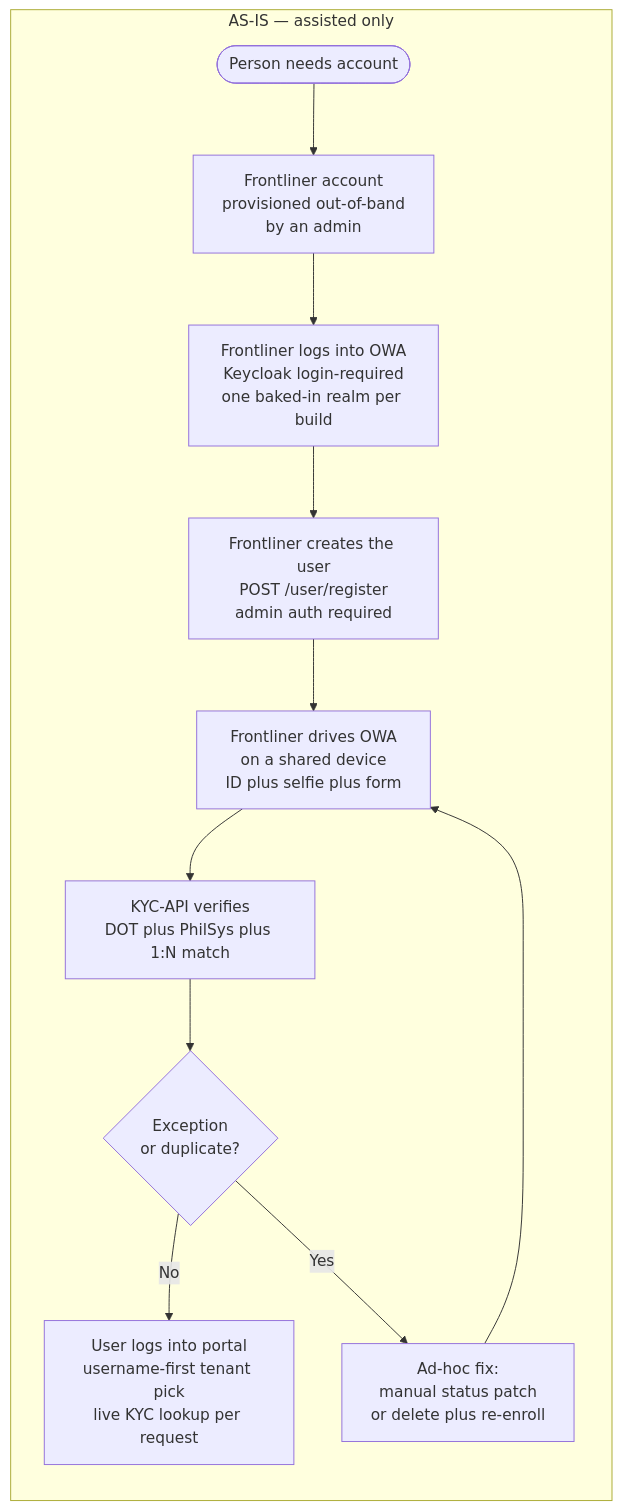
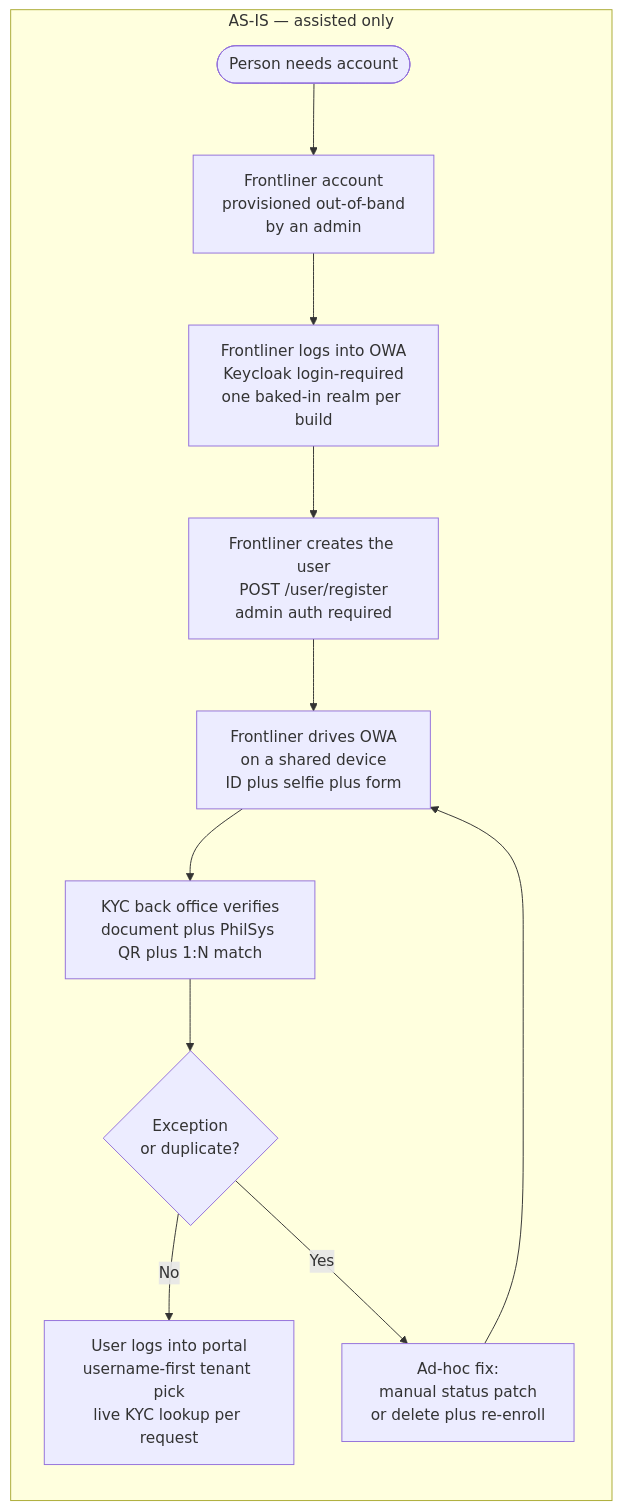
One commit to kevzo8/cps-272 changed the first of 15 diagrams in docs/02-architecture-diagrams.md. Above: the diagram before and after it, drawn with Mermaid. The commit also changed other lines of this file and 9 other files, not shown here.

Commit message:
Retire legacy kyc-api and Innovatrics: Spring Boot back office reality plus Q9

````diff
--- a/docs/02-architecture-diagrams.md
+++ b/docs/02-architecture-diagrams.md
@@ -14,15 +14,15 @@
 ```mermaid
 flowchart TB
     subgraph ASIS[AS-IS — assisted only]
         direction TB
         A1([Person needs account]) --> A2[Frontliner account<br/>provisioned out-of-band<br/>by an admin]
         A2 --> A3[Frontliner logs into OWA<br/>Keycloak login-required<br/>one baked-in realm per build]
         A3 --> A4[Frontliner creates the user<br/>POST /user/register<br/>admin auth required]
         A4 --> A5[Frontliner drives OWA<br/>on a shared device<br/>ID plus selfie plus form]
-        A5 --> A6[KYC-API verifies<br/>DOT plus PhilSys plus 1:N match]
+        A5 --> A6[KYC back office verifies<br/>document plus PhilSys QR plus 1:N match]
         A6 --> A7{Exception<br/>or duplicate?}
         A7 -->|No| A8[User logs into portal<br/>username-first tenant pick<br/>live KYC lookup per request]
         A7 -->|Yes| A9[Ad-hoc fix:<br/>manual status patch<br/>or delete plus re-enroll]
         A9 --> A5
     end
 ```
````
